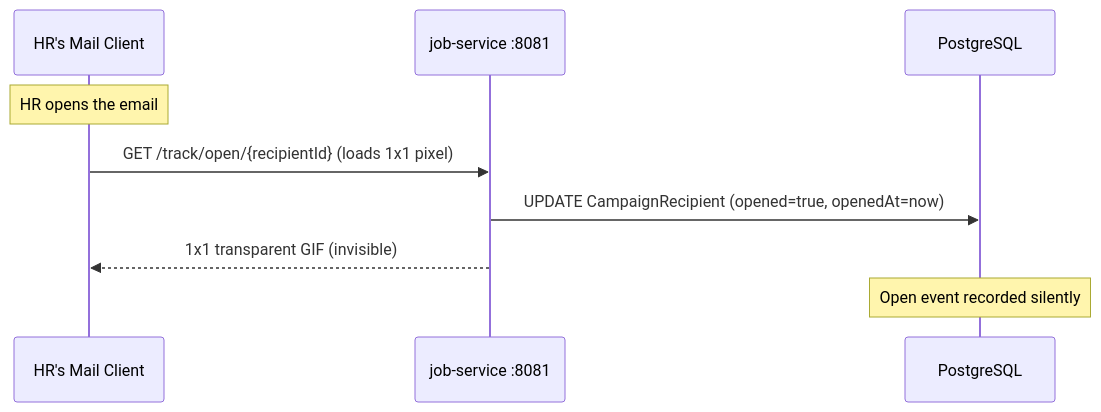
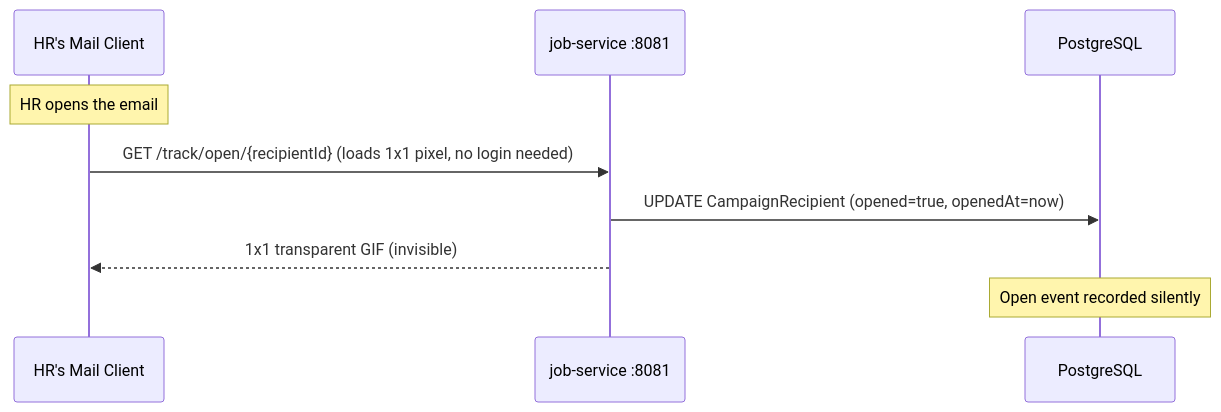
The ninth of 12 diagrams in project_flow.md (AdityaDeveloper-pixel/ai-job-tracker), drawn with Mermaid before and after one commit. The commit also changed other lines of this file and 1 other file, not shown here.

````diff
--- a/project_flow.md
+++ b/project_flow.md
@@ -118,12 +251,12 @@
 ```mermaid
 sequenceDiagram
     participant HR as HR's Mail Client
     participant JS as job-service :8081
     participant DB as PostgreSQL
 
     Note over HR: HR opens the email
-    HR->>JS: GET /track/open/{recipientId} (loads 1x1 pixel)
+    HR->>JS: GET /track/open/{recipientId} (loads 1x1 pixel, no login needed)
     JS->>DB: UPDATE CampaignRecipient (opened=true, openedAt=now)
     JS-->>HR: 1x1 transparent GIF (invisible)
     Note over DB: Open event recorded silently
 ```
````
